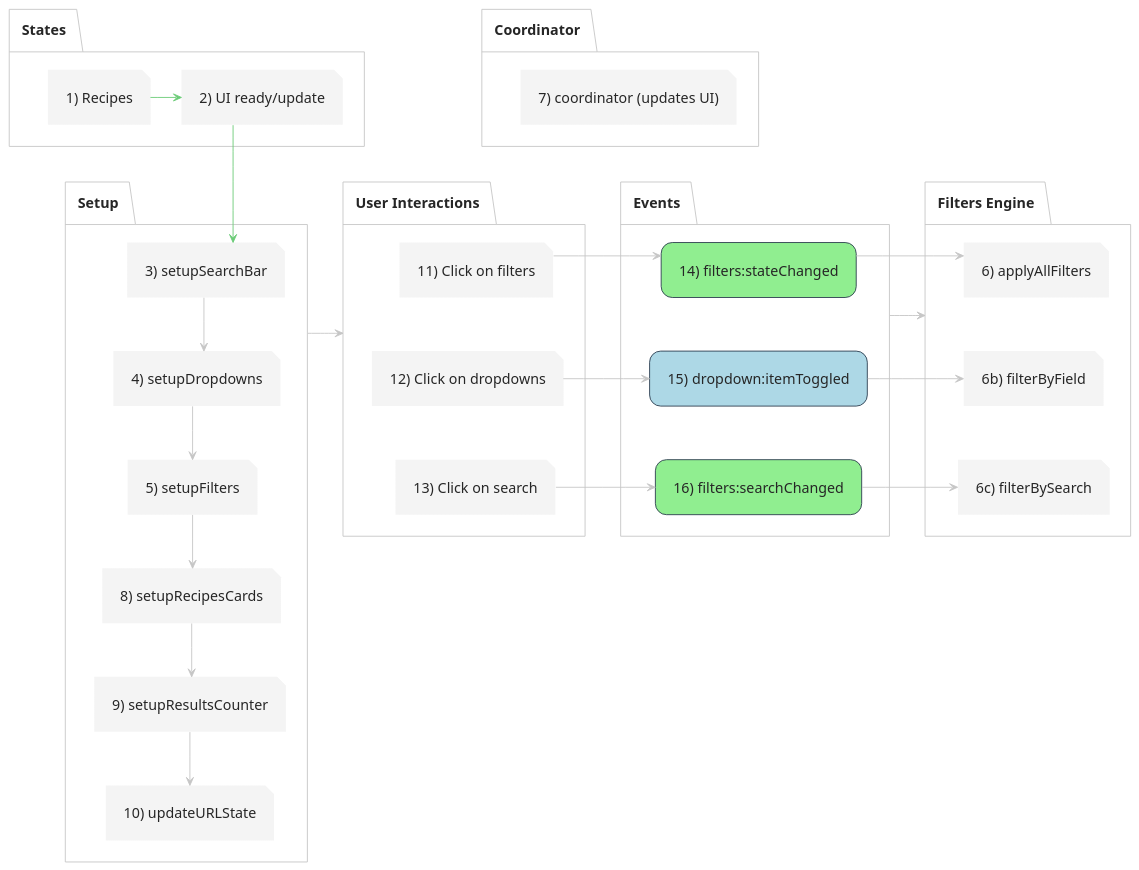
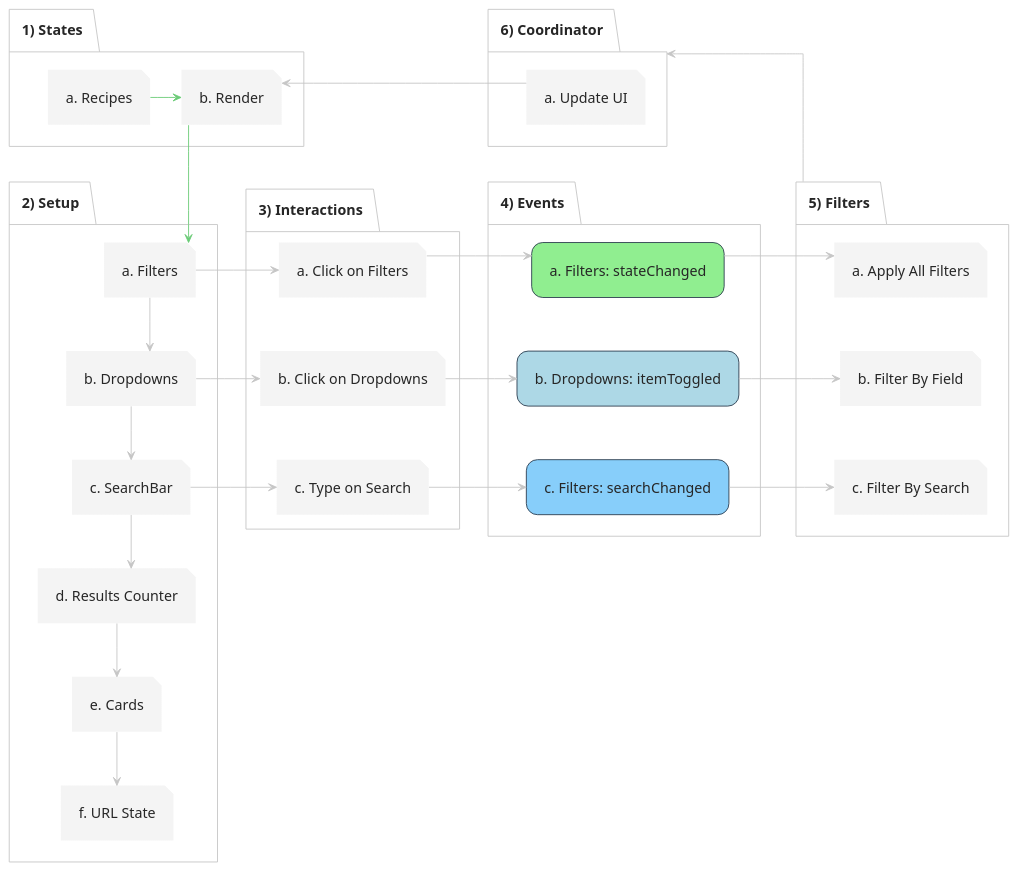
The diagram in activityStructure.puml (Steinshy/OC-LesPetitPlats), drawn with PlantUML before and after one commit. The commit also changed other lines of this file, not shown here.

Commit message:
UML graph

```diff
--- a/activityStructure.puml
+++ b/activityStructure.puml
@@ -1,123 +1,133 @@
 @startuml activityDiagram
 !theme carbon-gray
 top to bottom direction
 
-
-' ---------------------
-' Style
 ' ---------------------
 ' General style
+' ---------------------
 skinparam backgroundColor #FFFFFF
 skinparam defaultFontSize 16
 skinparam shadowing false
 skinparam linetype ortho
 skinparam ArrowStyle none
 
 ' Rectangle style
 skinparam rectangle {
   RoundCorner 25
   BorderColor #2C3E50
 }
 
 ' Package style
 skinparam package {
   BackgroundColor transparent
 }
 
 ' Component style
 skinparam component {
   BackgroundColor #F5F5F5
   BorderColor #2C3E50
   BorderThickness 0
   FontName "Inter"
   FontSize 16
   FontStyle normal
 }
 
 ' Node style
 skinparam node {
   BackgroundColor #F5F5F5
   BorderColor #2C3E50
   FontColor #2C3E50
   Roundcorner 0
 }
 
 ' ---------------------
-' Activity Diagram (structured like projectStructure)
+' Activity Diagram
 ' ---------------------
-folder "States" as States {
-  file "1) Recipes" as Recipes
-  file "2) UI ready/update" as UIReady
+folder "1) States" as StatesBlock {
+  file "a. Recipes" as Recipes
+  file "b. Render" as Render
   
-  Recipes -> UIReady #6BCB77
+  Recipes -> Render #6BCB77
 }
 
-folder "Coordinator" as CoordinatorBlock {
-  file "7) coordinator (updates UI)" as Coordinator
+folder "2) Setup" as SetupBlock {
+  file "a. Filters" as SetupFilters
+  file "b. Dropdowns" as SetupDropdowns
+  file "c. SearchBar" as SetupSearchBar
+  file "d. Results Counter" as SetupCounter
+  file "e. Cards" as SetupCards
+  file "f. URL State" as UpdateURLState
+  
+  SetupFilters -down-> SetupDropdowns
+  SetupDropdowns -down-> SetupSearchBar
+  SetupSearchBar -down-> SetupCounter
+  SetupCounter -down-> SetupCards
+  SetupCards -down-> UpdateURLState
 }
 
-folder "Setup" as SetupBlock {
-  file "3) setupSearchBar" as SetupSearchBar
-  file "4) setupDropdowns" as SetupDropdowns
-  file "5) setupFilters" as SetupFilters
-  file "8) setupRecipesCards" as SetupCards
-  file "9) setupResultsCounter" as SetupCounter
-  file "10) updateURLState" as UpdateURLState
-  
-  SetupSearchBar -down-> SetupDropdowns
-  SetupDropdowns -down-> SetupFilters
-  SetupFilters -down-> SetupCards
-  SetupCards -down-> SetupCounter
-  SetupCounter -down-> UpdateURLState
-
-}
-
-folder "User Interactions" as UserInteractions {
-  file "11) Click on filters" as FiltersInteraction
-  file "12) Click on dropdowns" as DropdownsInteraction
-  file "13) Click on search" as SearchInteraction
+folder "3) Interactions" as InteractionsBlock {
+  file "a. Click on Filters" as FiltersInteraction
+  file "b. Click on Dropdowns" as DropdownsInteraction
+  file "c. Type on Search" as SearchInteraction
   
   FiltersInteraction -[hidden]-> DropdownsInteraction
   DropdownsInteraction -[hidden]-> SearchInteraction
 }
 
-folder "Events" as Events {
-  rectangle "14) filters:stateChanged" as FiltersStateChangedEvent #LightGreen
-  rectangle "15) dropdown:itemToggled" as DropdownEvent #LightBlue
-  rectangle "16) filters:searchChanged" as FiltersSearchEvent #LightGreen
+folder "4) Events" as EventsBlock {
+  rectangle "a. Filters: stateChanged" as FiltersStateChangedEvent #LightGreen
+  rectangle "b. Dropdowns: itemToggled" as DropdownEvent #LightBlue
+  rectangle "c. Filters: searchChanged" as FiltersSearchEvent #LightSkyBlue
 
   FiltersStateChangedEvent -[hidden]-> DropdownEvent
   DropdownEvent -[hidden]-> FiltersSearchEvent
 }
 
-folder "Filters Engine" as FiltersEngine {
-  file "6) applyAllFilters" as ApplyAllFilters
-  file "6b) filterByField" as FilterByField
-  file "6c) filterBySearch" as FilterBySearch
+folder "5) Filters" as FiltersBlock {
+  file "a. Apply All Filters" as ApplyAllFilters
+  file "b. Filter By Field" as FilterByField
+  file "c. Filter By Search" as FilterBySearch
 
-  
   ApplyAllFilters -[hidden]-> FilterByField
   FilterByField -[hidden]-> FilterBySearch
 }
-States -[hidden]-> SetupBlock
-UIReady -down-> SetupSearchBar #6BCB77
 
+folder "6) Coordinator" as CoordinatorBlock {
+  file "a. Update UI" as UpdateUI
+}
 
-SetupBlock -right-> UserInteractions
-Events -right-> FiltersEngine
+' ---------------------
+' StatesBlock -> Setup
+' ---------------------
+StatesBlock -[hidden]-> SetupBlock
+CoordinatorBlock -[hidden]-> EventsBlock
+Render -> SetupFilters #6BCB77
 
-FiltersInteraction -right-> FiltersStateChangedEvent
-DropdownsInteraction -right-> DropdownEvent
-SearchInteraction -right-> FiltersSearchEvent
+' ---------------------
+' Setup -> User Interactions
+' ---------------------
+SetupFilters -right-> FiltersInteraction
+SetupDropdowns -right-> DropdownsInteraction
+SetupSearchBar -right-> SearchInteraction
 
+' ---------------------
+' EventsBlock -> Filters
+' ---------------------
+FiltersInteraction -> FiltersStateChangedEvent
+DropdownsInteraction -> DropdownEvent
+SearchInteraction -> FiltersSearchEvent
 
+' ---------------------
+' Filters -> Coordinator
+' ---------------------
 FiltersStateChangedEvent -right-> ApplyAllFilters
 DropdownEvent -right-> FilterByField
 FiltersSearchEvent -right-> FilterBySearch
 
-CoordinatorBlock -[hidden]-> SetupBlock
-CoordinatorBlock -[hidden]-> UserInteractions
-CoordinatorBlock -[hidden]-> Events
-CoordinatorBlock -[hidden]-> FiltersEngine
+' ---------------------
+' Coordinator -> Render
+' ---------------------
+FiltersBlock -up-> CoordinatorBlock
+UpdateUI -> Render
 
 @enduml
```
